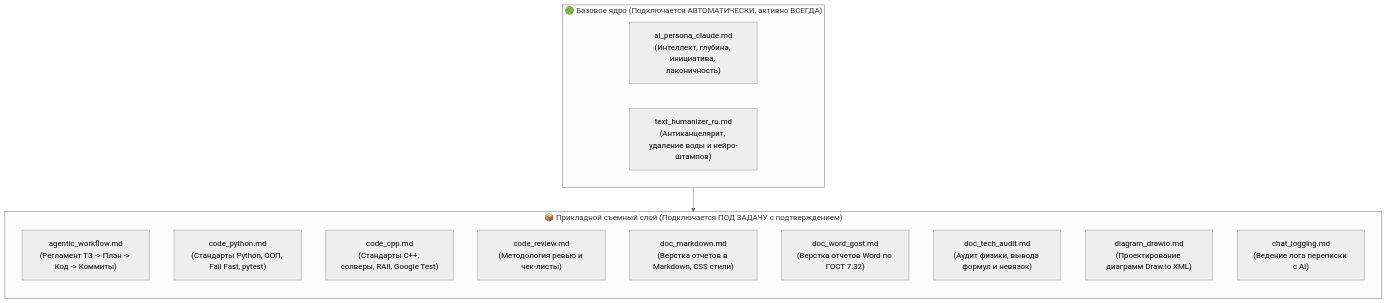
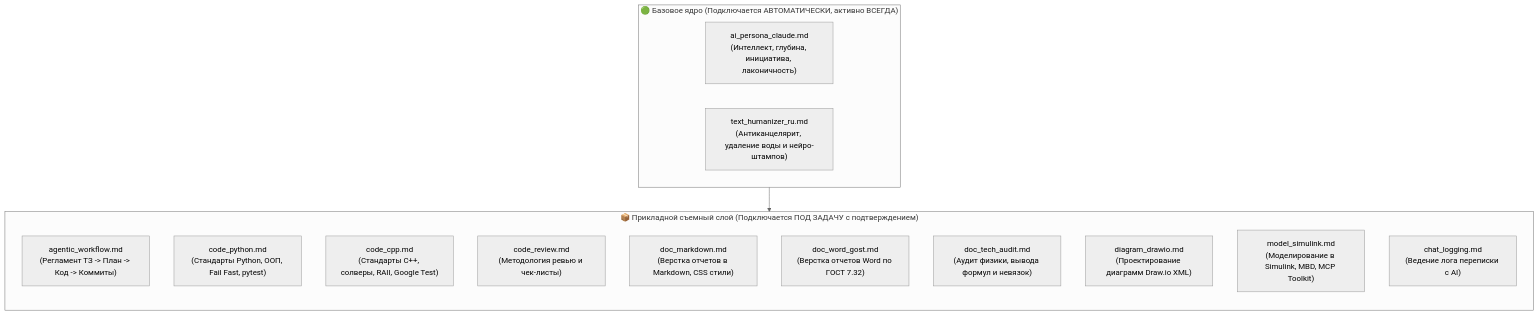
Before and after one commit to James7underland/agent-instructions: the first of 2 diagrams in README.md, drawn with Mermaid (neutral theme). The commit also changed other lines of this file and 4 other files, not shown here.

First line of the commit message:
feat: add Simulink MBD module and dialog typography rules

````diff
--- a/README.md
+++ b/README.md
@@ -12,22 +12,23 @@
 ```mermaid
 graph TD
     subgraph Core["🟢 Базовое ядро (Подключается АВТОМАТИЧЕСКИ, активно ВСЕГДА)"]
         P["ai_persona_claude.md<br/>(Интеллект, глубина, инициатива, лаконичность)"]
         H["text_humanizer_ru.md<br/>(Антиканцелярит, удаление воды и нейро-штампов)"]
     end
 
     subgraph Task["📦 Прикладной съемный слой (Подключается ПОД ЗАДАЧУ с подтверждением)"]
         direction TB
         W["agentic_workflow.md<br/>(Регламент ТЗ -> План -> Код -> Коммиты)"]
         PY["code_python.md<br/>(Стандарты Python, ООП, Fail Fast, pytest)"]
         CPP["code_cpp.md<br/>(Стандарты C++, солверы, RAII, Google Test)"]
         CR["code_review.md<br/>(Методология ревью и чек-листы)"]
         MD["doc_markdown.md<br/>(Верстка отчетов в Markdown, CSS стили)"]
         WG["doc_word_gost.md<br/>(Верстка отчетов Word по ГОСТ 7.32)"]
         TA["doc_tech_audit.md<br/>(Аудит физики, вывода формул и невязок)"]
         DR["diagram_drawio.md<br/>(Проектирование диаграмм Draw.io XML)"]
+        SL["model_simulink.md<br/>(Моделирование в Simulink, MBD, MCP Toolkit)"]
         LOG["chat_logging.md<br/>(Ведение лога переписки с AI)"]
     end
 
     Core --> Task
 ```
````
